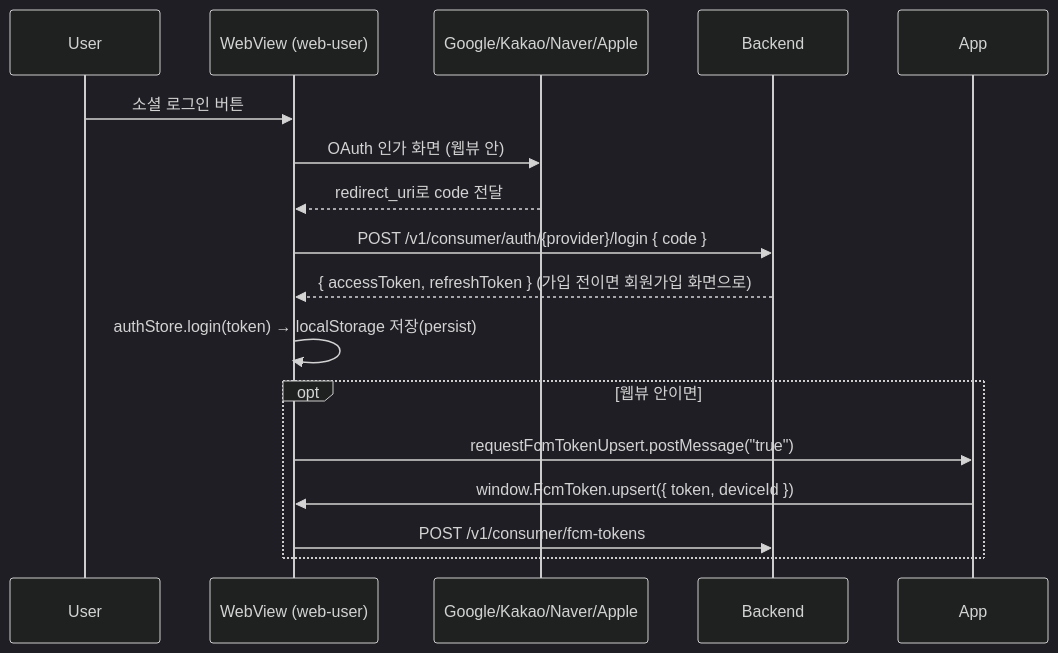
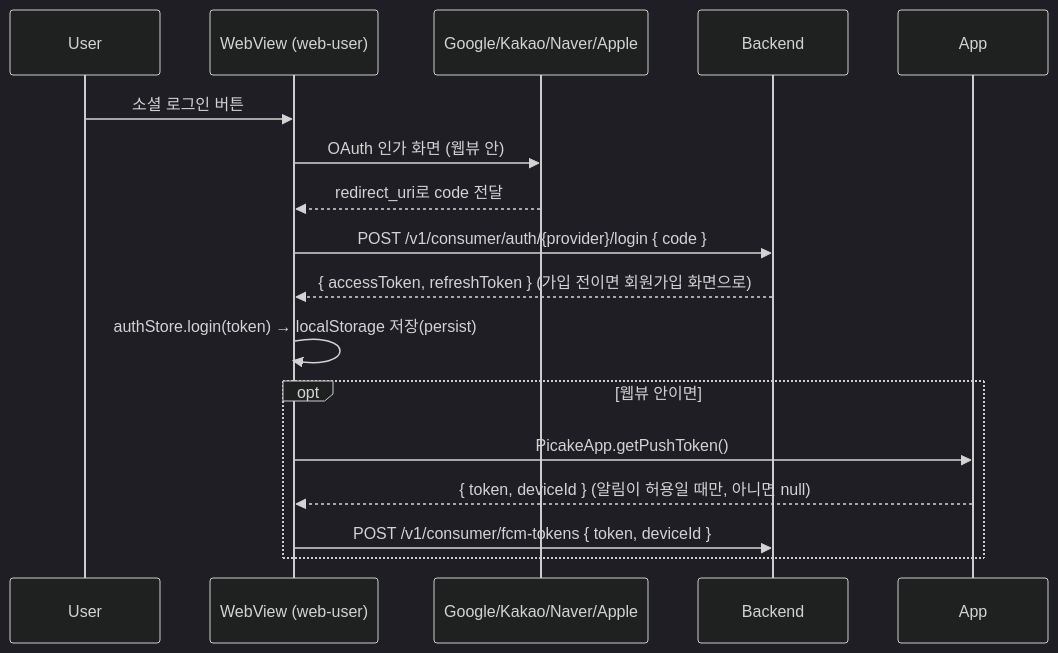
One commit to picake-team/picake-engineering-web changed the first of 3 diagrams in docs/common/feature/사용자 - 웹뷰 인증.md. Above: the diagram before and after it, drawn with Mermaid (dark theme). The commit also changed other lines of this file and 9 other files, not shown here.

First line of the commit message:
[COMMON]: 문서·스킬을 새 앱 약속(window.PicakeApp)에 맞춤

````diff
--- a/docs/common/feature/사용자 - 웹뷰 인증.md
+++ b/docs/common/feature/사용자 - 웹뷰 인증.md
@@ -36,20 +40,20 @@
 ```mermaid
 sequenceDiagram
     participant U as User
     participant W as WebView (web-user)
     participant P as Google/Kakao/Naver/Apple
     participant B as Backend
     participant F as App
 
     U->>W: 소셜 로그인 버튼
     W->>P: OAuth 인가 화면 (웹뷰 안)
     P-->>W: redirect_uri로 code 전달
     W->>B: POST /v1/consumer/auth/{provider}/login { code }
     B-->>W: { accessToken, refreshToken } (가입 전이면 회원가입 화면으로)
     W->>W: authStore.login(token) → localStorage 저장(persist)
     opt 웹뷰 안이면
-        W->>F: requestFcmTokenUpsert.postMessage("true")
-        F->>W: window.FcmToken.upsert({ token, deviceId })
-        W->>B: POST /v1/consumer/fcm-tokens
+        W->>F: PicakeApp.getPushToken()
+        F-->>W: { token, deviceId } (알림이 허용일 때만, 아니면 null)
+        W->>B: POST /v1/consumer/fcm-tokens { token, deviceId }
     end
 ```
````
